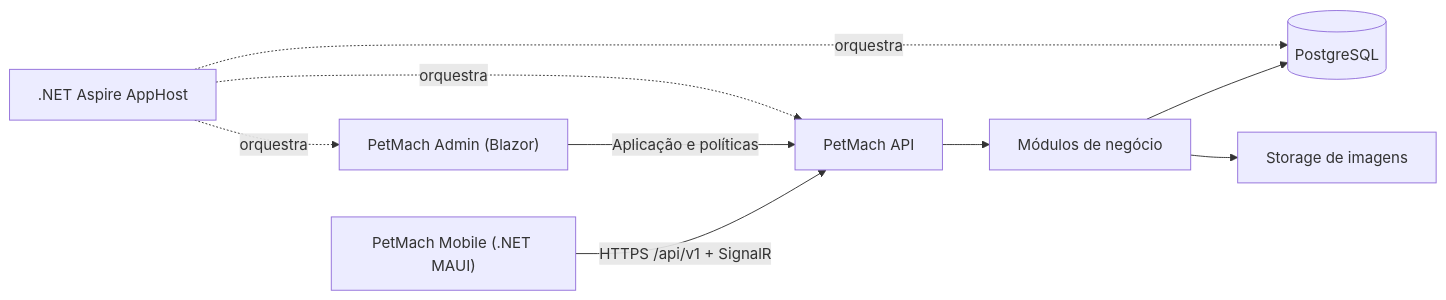
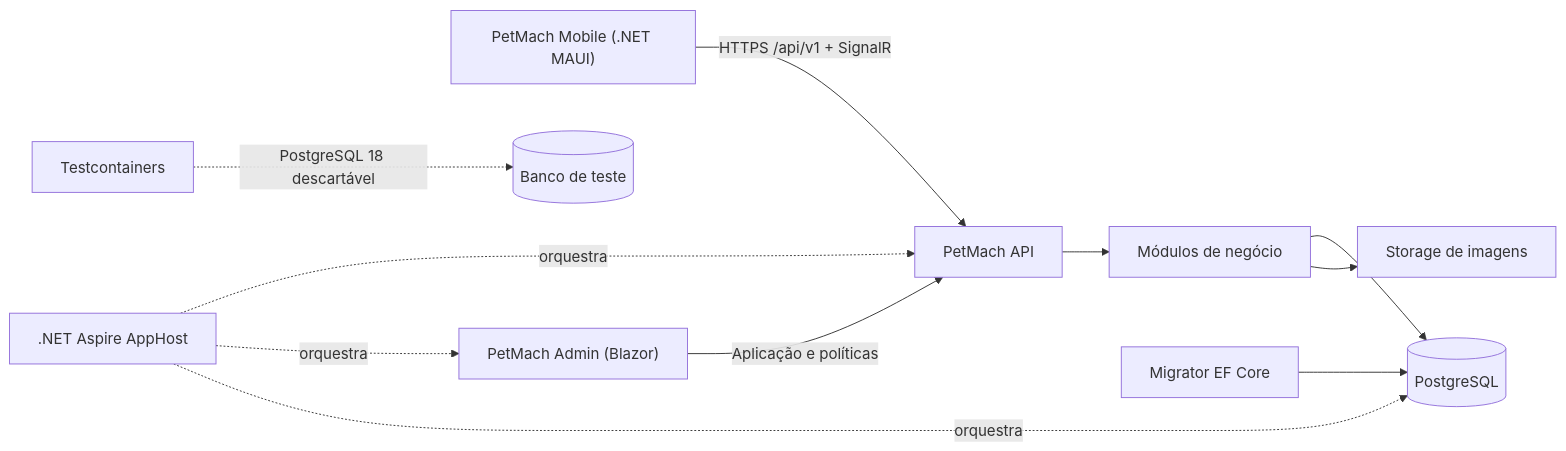
One commit to alexandreliima/PetMach changed the first of 5 diagrams in docs/architecture.md. Above: the diagram before and after it, drawn with Mermaid. The commit also changed other lines of this file and 22 other files, not shown here.

Commit message:
docs: align technical documentation with current architecture

````diff
--- a/docs/architecture.md
+++ b/docs/architecture.md
@@ -7,11 +10,13 @@
 ```mermaid
 flowchart LR
     Mobile["PetMach Mobile (.NET MAUI)"] -->|"HTTPS /api/v1 + SignalR"| API["PetMach API"]
     Admin["PetMach Admin (Blazor)"] -->|"Aplicação e políticas"| API
     API --> Modules["Módulos de negócio"]
     Modules --> DB[("PostgreSQL")]
+    Migrator["Migrator EF Core"] --> DB
     Modules --> Storage["Storage de imagens"]
     AppHost[".NET Aspire AppHost"] -. orquestra .-> API
     AppHost -. orquestra .-> Admin
     AppHost -. orquestra .-> DB
+    Tests["Testcontainers"] -. PostgreSQL 18 descartável .-> TestDB[("Banco de teste")]
 ```
````
